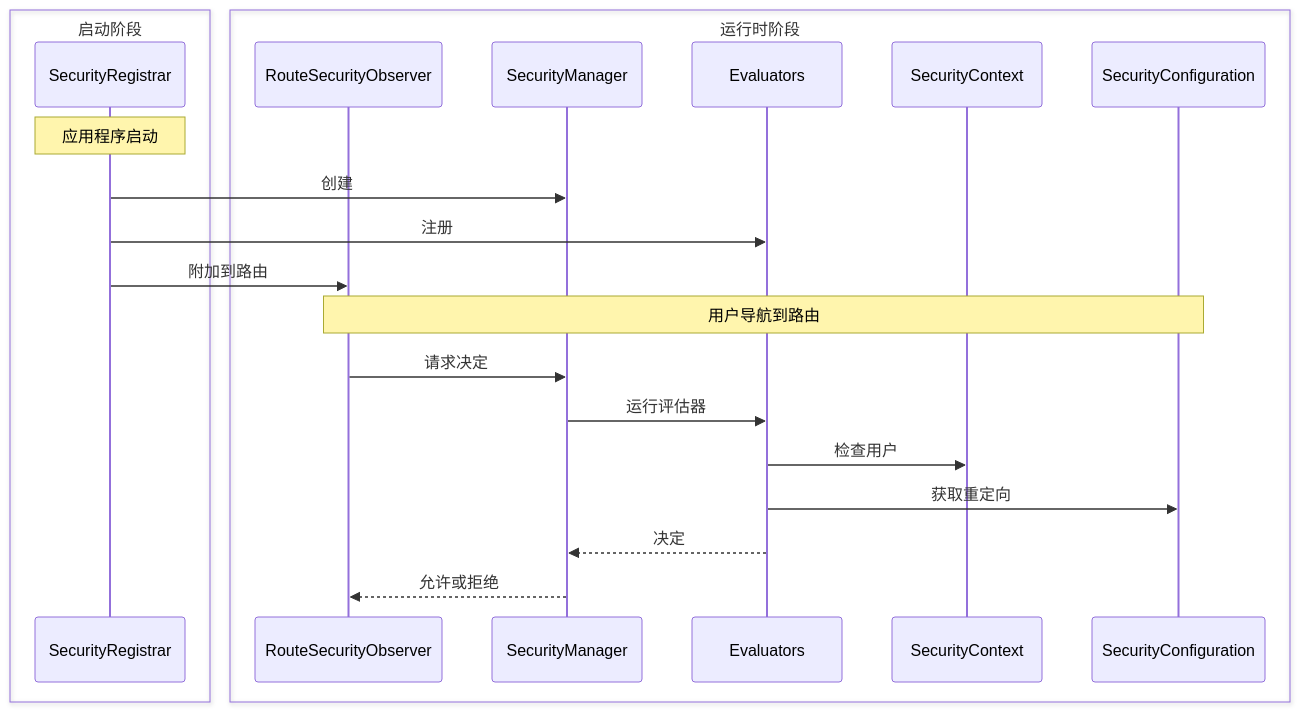
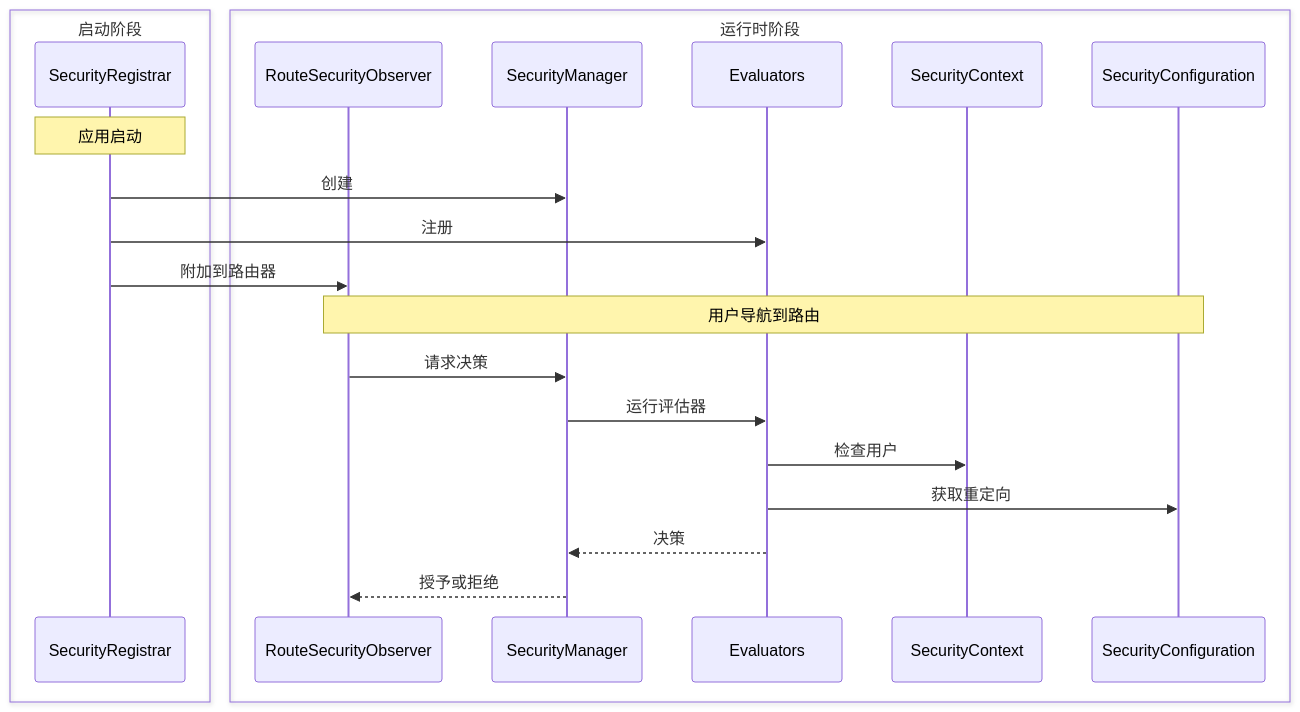
The diagram in docs/i18n/zh/docusaurus-plugin-content-docs/current/security/architecture/custom-implementation.md (webforj/webforj-documentation), drawn with Mermaid before and after one commit. The commit also changed other lines of this file and 1016 other files, not shown here.

````diff
--- a/docs/i18n/zh/docusaurus-plugin-content-docs/current/security/architecture/custom-implementation.md
+++ b/docs/i18n/zh/docusaurus-plugin-content-docs/current/security/architecture/custom-implementation.md
@@ -25,26 +28,26 @@
 ```mermaid
 sequenceDiagram
   box 启动阶段
   participant Registrar as SecurityRegistrar
   end
   box 运行时阶段
   participant Observer as RouteSecurityObserver
   participant Manager as SecurityManager
   participant Evaluators
   participant Context as SecurityContext
   participant Config as SecurityConfiguration
   end
 
-  Note over Registrar: 应用程序启动
+  Note over Registrar: 应用启动
   Registrar->>Manager: 创建
   Registrar->>Evaluators: 注册
-  Registrar->>Observer: 附加到路由
+  Registrar->>Observer: 附加到路由器
 
   Note over Observer,Config: 用户导航到路由
-  Observer->>Manager: 请求决定
+  Observer->>Manager: 请求决策
   Manager->>Evaluators: 运行评估器
   Evaluators->>Context: 检查用户
   Evaluators->>Config: 获取重定向
-  Evaluators-->>Manager: 决定
-  Manager-->>Observer: 允许或拒绝
+  Evaluators-->>Manager: 决策
+  Manager-->>Observer: 授予或拒绝
 ```
````
